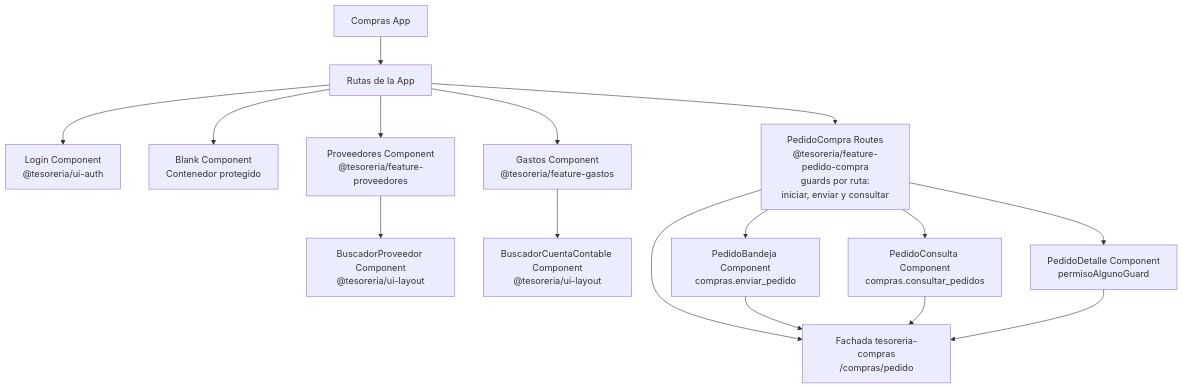
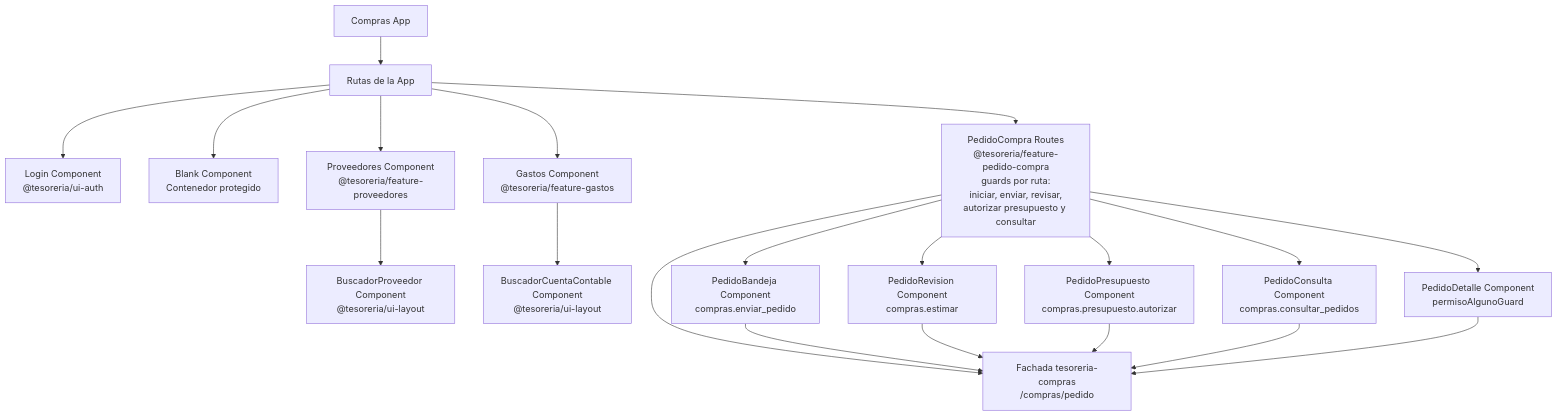
The third of 7 diagrams in docs/architecture.md (UM-services/UM.tesoreria.frontend-client), drawn with Mermaid before and after one commit. The commit also changed other lines of this file and 1 other file, not shown here.

````diff
--- a/docs/architecture.md
+++ b/docs/architecture.md
@@ -164,19 +170,23 @@
 ```mermaid
     flowchart TD
     ComprasApp["Compras App"] --> AppRoutes["Rutas de la App"]
     AppRoutes --> Login["Login Component<br/>@tesoreria/ui-auth"]
     AppRoutes --> Blank["Blank Component<br/>Contenedor protegido"]
     AppRoutes --> Proveedores["Proveedores Component<br/>@tesoreria/feature-proveedores"]
     AppRoutes --> Gastos["Gastos Component<br/>@tesoreria/feature-gastos"]
-    AppRoutes --> Pedidos["PedidoCompra Routes<br/>@tesoreria/feature-pedido-compra<br/>guards por ruta:<br/>iniciar, enviar y consultar"]
+    AppRoutes --> Pedidos["PedidoCompra Routes<br/>@tesoreria/feature-pedido-compra<br/>guards por ruta:<br/>iniciar, enviar, revisar,<br/>autorizar presupuesto y consultar"]
 
     Proveedores --> BuscadorProveedor["BuscadorProveedor Component<br/>@tesoreria/ui-layout"]
     Gastos --> BuscadorCuentaContable["BuscadorCuentaContable Component<br/>@tesoreria/ui-layout"]
     Pedidos --> Bandeja["PedidoBandeja Component<br/>compras.enviar_pedido"]
+    Pedidos --> Revision["PedidoRevision Component<br/>compras.estimar"]
+    Pedidos --> Presupuesto["PedidoPresupuesto Component<br/>compras.presupuesto.autorizar"]
     Pedidos --> Consulta["PedidoConsulta Component<br/>compras.consultar_pedidos"]
     Pedidos --> Detalle["PedidoDetalle Component<br/>permisoAlgunoGuard"]
     Pedidos --> PedidoAPI["Fachada tesoreria-compras<br/>/compras/pedido"]
     Bandeja --> PedidoAPI
+    Revision --> PedidoAPI
+    Presupuesto --> PedidoAPI
     Consulta --> PedidoAPI
     Detalle --> PedidoAPI
 ```
````
